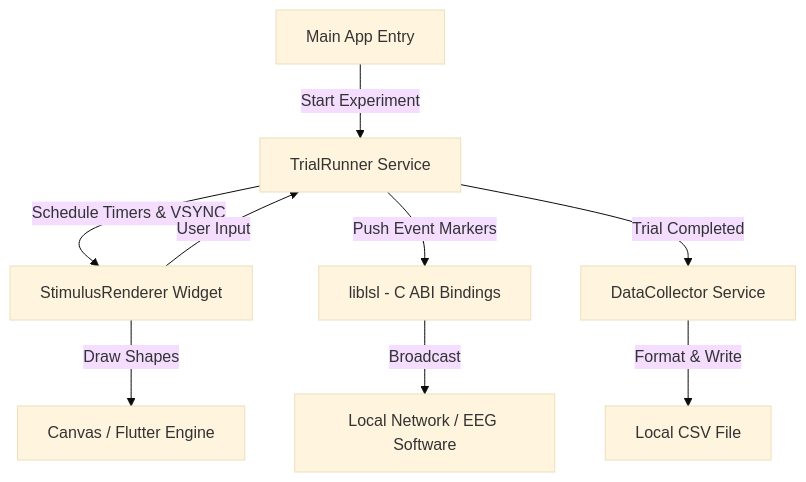
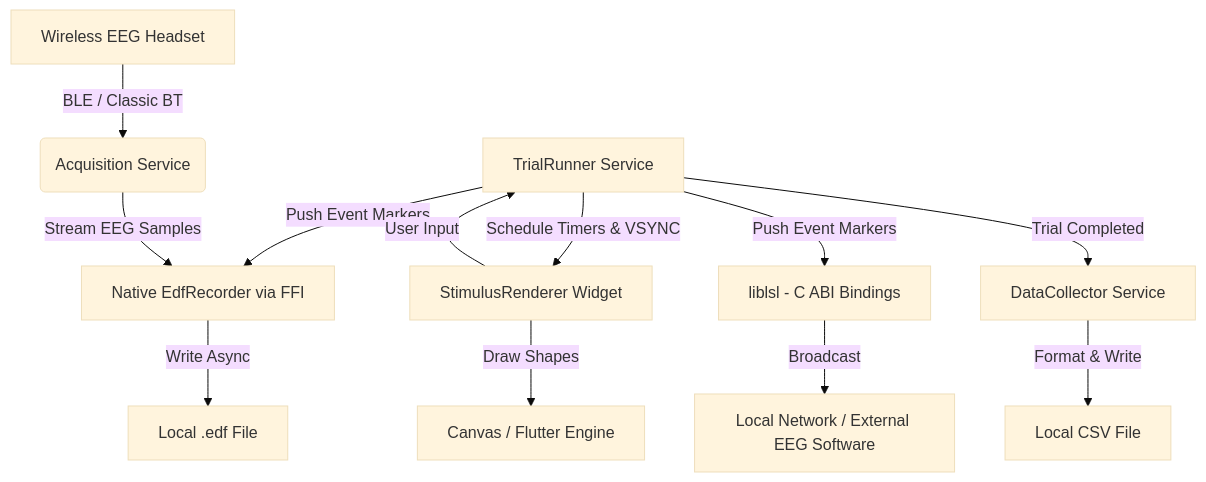
The diagram in README.md (rahulvenugopal/AdaptiveWMApp), drawn with Mermaid (base theme) before and after one commit. The commit also changed other lines of this file and 1 other file, not shown here.

Commit message:
Update README and cleanup obsolete ANGEL app files

````diff
--- a/README.md
+++ b/README.md
@@ -64,17 +72,24 @@
 ```mermaid
 graph TD
-    A[Main App Entry] -->|Start Experiment| B[TrialRunner Service]
+    %% Hardware layer
+    A[Wireless EEG Headset] -->|BLE / Classic BT| B(Acquisition Service)
     
-    %% Paradigm & Timing
-    B -->|Schedule Timers & VSYNC| C[StimulusRenderer Widget]
-    C -->|Draw Shapes| D[Canvas / Flutter Engine]
+    %% UI and Core
+    C[TrialRunner Service] -->|Schedule Timers & VSYNC| D[StimulusRenderer Widget]
+    D -->|Draw Shapes| E[Canvas / Flutter Engine]
     
-    %% LSL Pipeline
-    B -->|Push Event Markers| E[liblsl - C ABI Bindings]
-    E -->|Broadcast| F[Local Network / EEG Software]
+    %% Paradigm -> Data pipelines
+    C -->|Push Event Markers| F[Native EdfRecorder via FFI]
+    B -->|Stream EEG Samples| F
     
-    %% Data Collection
-    C -->|User Input| B
-    B -->|Trial Completed| G[DataCollector Service]
-    G -->|Format & Write| H[Local CSV File]
+    F -->|Write Async| G[Local .edf File]
+    
+    %% Secondary LSL Output
+    C -->|Push Event Markers| H[liblsl - C ABI Bindings]
+    H -->|Broadcast| I[Local Network / External EEG Software]
+    
+    %% Behavioral Data Collection
+    D -->|User Input| C
+    C -->|Trial Completed| J[DataCollector Service]
+    J -->|Format & Write| K[Local CSV File]
 ```
````
